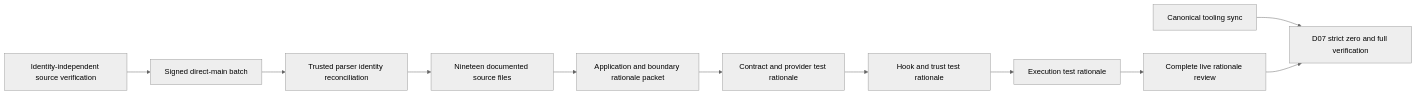
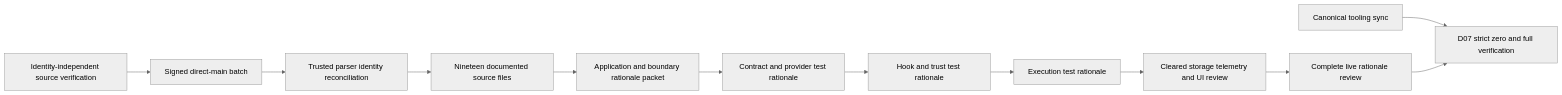
One commit to Resnovas/Eventiva changed the fourth of 9 diagrams in docs/planning/timeline.md. Above: the diagram before and after it, drawn with Mermaid (neutral theme). The commit also changed other lines of this file and 9 other files, not shown here.

First line of the commit message:
docs(telemetry): explain correlation and storage test invariants

````diff
--- a/docs/planning/timeline.md
+++ b/docs/planning/timeline.md
@@ -403,13 +407,14 @@
 ```mermaid
 flowchart LR
     Safe[Identity-independent source verification] --> Ship[Signed direct-main batch]
     Ship --> Identity[Trusted parser identity reconciliation]
     Identity --> Blocked[Nineteen documented source files]
     Blocked --> AppTests[Application and boundary rationale packet]
     AppTests --> ProviderTests[Contract and provider test rationale]
     ProviderTests --> TrustTests[Hook and trust test rationale]
     TrustTests --> ExecutionTests[Execution test rationale]
-    ExecutionTests --> Review[Complete live rationale review]
+    ExecutionTests --> ClearedTests[Cleared storage telemetry and UI review]
+    ClearedTests --> Review[Complete live rationale review]
     House[Canonical tooling sync] --> Strict[D07 strict zero and full verification]
     Review --> Strict
 ```
````
